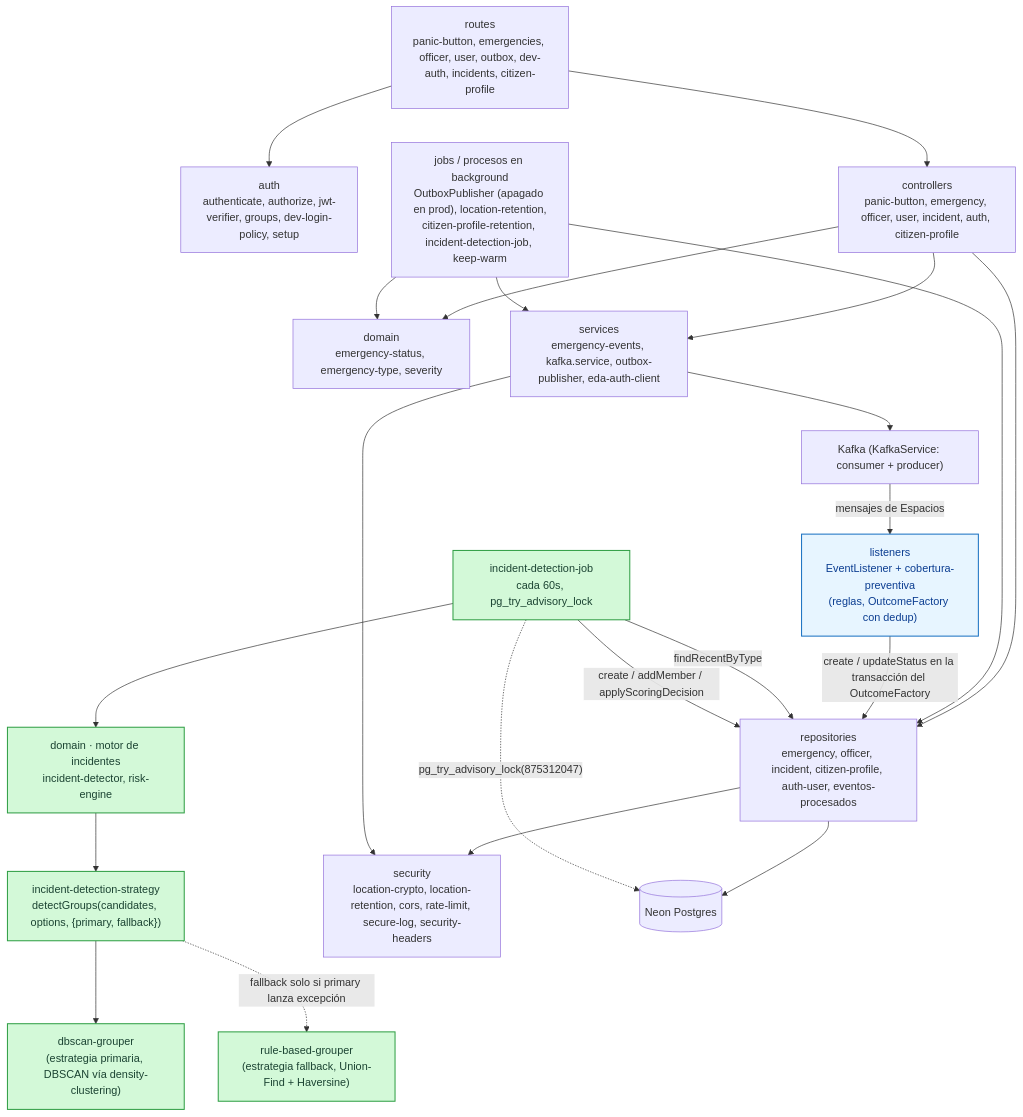
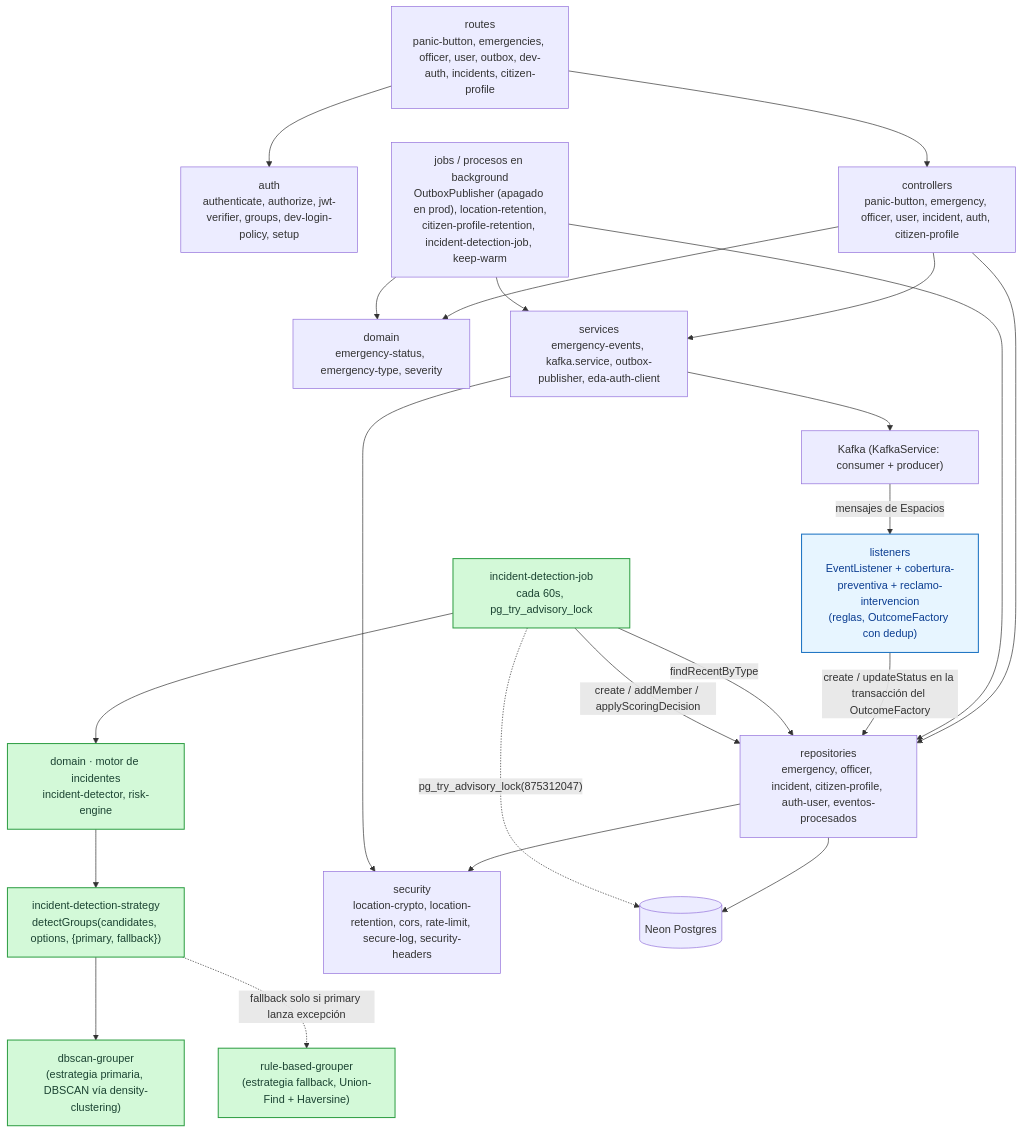
The second of 2 diagrams in docs/diagramas/03-arquitectura.md (G6D2/emergencias-backend), drawn with Mermaid before and after one commit. The commit also changed other lines of this file and 5 other files, not shown here.

````diff
--- a/docs/diagramas/03-arquitectura.md
+++ b/docs/diagramas/03-arquitectura.md
@@ -85,46 +85,46 @@
 ```mermaid
 flowchart TB
     routes["routes<br/>panic-button, emergencies, officer, user, outbox, dev-auth, incidents, citizen-profile"]
     auth["auth<br/>authenticate, authorize, jwt-verifier, groups, dev-login-policy, setup"]
     controllers["controllers<br/>panic-button, emergency, officer, user, incident, auth, citizen-profile"]
     domain["domain<br/>emergency-status, emergency-type, severity"]
     incidentDomain["domain · motor de incidentes<br/>incident-detector, risk-engine"]:::incident
     strategy["incident-detection-strategy<br/>detectGroups(candidates, options, {primary, fallback})"]:::incident
     dbscanGrouper["dbscan-grouper<br/>(estrategia primaria, DBSCAN vía density-clustering)"]:::incident
     ruleGrouper["rule-based-grouper<br/>(estrategia fallback, Union-Find + Haversine)"]:::incident
     repositories["repositories<br/>emergency, officer, incident, citizen-profile, auth-user, eventos-procesados"]
     services["services<br/>emergency-events, kafka.service, outbox-publisher, eda-auth-client"]
-    listeners["listeners<br/>EventListener + cobertura-preventiva<br/>(reglas, OutcomeFactory con dedup)"]:::consumer
+    listeners["listeners<br/>EventListener + cobertura-preventiva + reclamo-intervencion<br/>(reglas, OutcomeFactory con dedup)"]:::consumer
     detectionJob["incident-detection-job<br/>cada 60s, pg_try_advisory_lock"]:::incident
     security["security<br/>location-crypto, location-retention, cors, rate-limit, secure-log, security-headers"]
     jobs["jobs / procesos en background<br/>OutboxPublisher (apagado en prod), location-retention,<br/>citizen-profile-retention, incident-detection-job, keep-warm"]
     db[("Neon Postgres")]
     kafkaC["Kafka (KafkaService: consumer + producer)"]
 
     routes --> auth
     routes --> controllers
     controllers --> domain
     controllers --> repositories
     controllers --> services
     repositories --> security
     repositories --> db
     services --> security
     jobs --> domain
     jobs --> repositories
     jobs --> services
     services --> kafkaC
     kafkaC -->|"mensajes de Espacios"| listeners
     listeners -->|"create / updateStatus en la transacción del OutcomeFactory"| repositories
 
     detectionJob --> incidentDomain
     incidentDomain --> strategy
     strategy --> dbscanGrouper
     strategy -.->|"fallback solo si primary lanza excepción"| ruleGrouper
     detectionJob -->|"findRecentByType"| repositories
     detectionJob -->|"create / addMember / applyScoringDecision"| repositories
     detectionJob -.->|"pg_try_advisory_lock(875312047)"| db
 
     classDef planned fill:#f1f3f5,stroke:#adb5bd,color:#495057,stroke-width:1px,stroke-dasharray: 4 3;
     classDef incident fill:#d3f9d8,stroke:#2f9e44,color:#1b4332,stroke-width:1.5px;
     classDef consumer fill:#e7f5ff,stroke:#1971c2,color:#0b3d91,stroke-width:1.5px;
 ```
````
